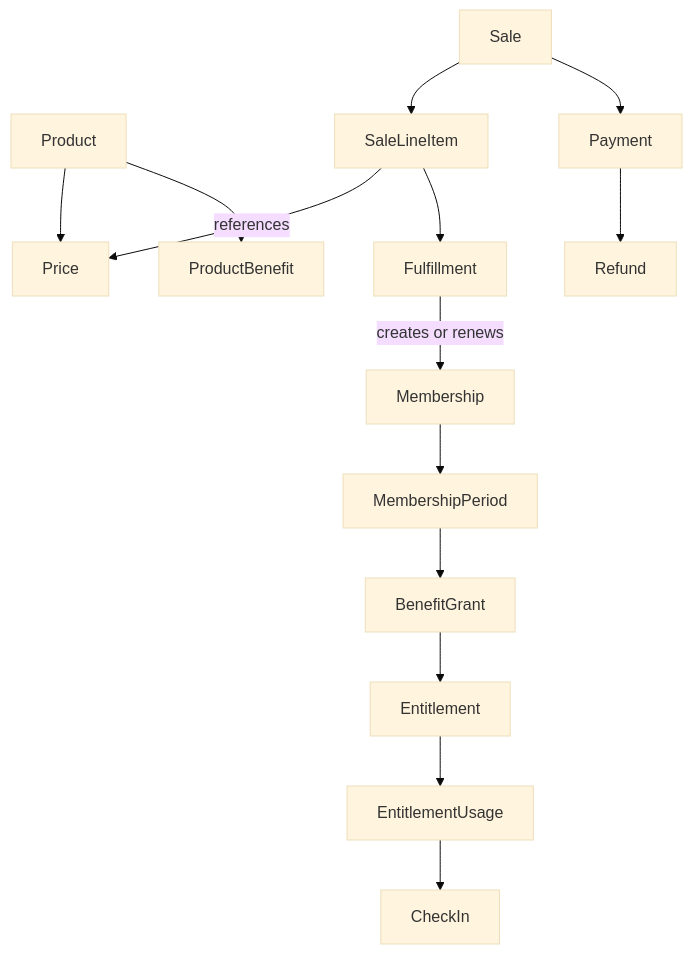
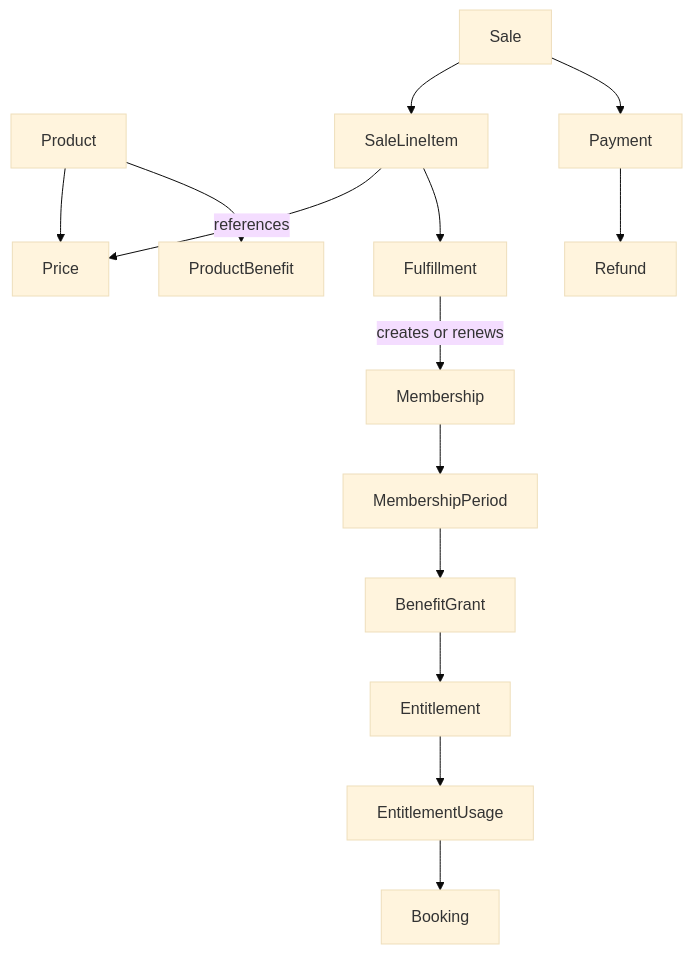
The diagram in docs/benefit-delivery-cycle.md (kennedywee/flowfokus), drawn with Mermaid (base theme) before and after one commit. The commit also changed other lines of this file and 26 other files, not shown here.

````diff
--- a/docs/benefit-delivery-cycle.md
+++ b/docs/benefit-delivery-cycle.md
@@ -18,16 +18,16 @@
 ```mermaid
 flowchart TD
   Product --> Price
   Product --> ProductBenefit
   Sale --> SaleLineItem
   Sale --> Payment
   Payment --> Refund
   SaleLineItem -->|references| Price
   SaleLineItem --> Fulfillment
   Fulfillment -->|creates or renews| Membership
   Membership --> MembershipPeriod
   MembershipPeriod --> BenefitGrant
   BenefitGrant --> Entitlement
   Entitlement --> EntitlementUsage
-  EntitlementUsage --> CheckIn
+  EntitlementUsage --> Booking
 ```
````
